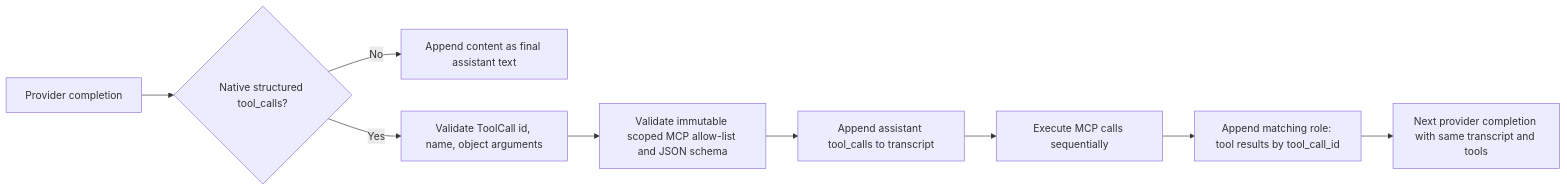
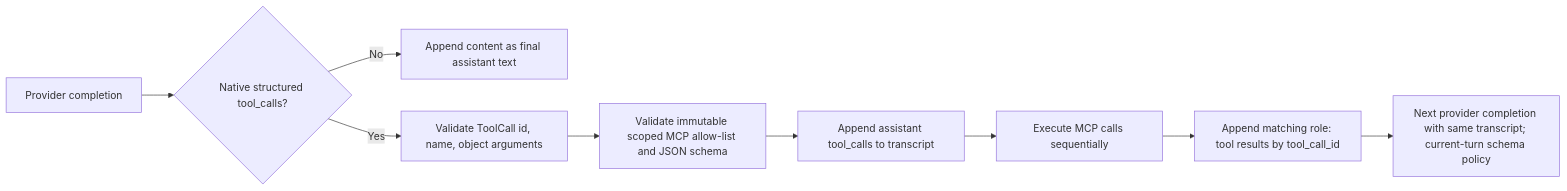
Before and after one commit to trash2bin/helperium: the diagram in doc/agents/tool-call-safety-layers.md, drawn with Mermaid. The commit also changed other lines of this file and 8 other files, not shown here.

````diff
--- a/doc/agents/tool-call-safety-layers.md
+++ b/doc/agents/tool-call-safety-layers.md
@@ -11,11 +11,11 @@
 ```mermaid
 flowchart LR
     A[Provider completion] --> B{Native structured tool_calls?}
     B -->|No| C[Append content as final assistant text]
     B -->|Yes| D[Validate ToolCall id, name, object arguments]
     D --> E[Validate immutable scoped MCP allow-list and JSON schema]
     E --> F[Append assistant tool_calls to transcript]
     F --> G[Execute MCP calls sequentially]
     G --> H[Append matching role: tool results by tool_call_id]
-    H --> I[Next provider completion with same transcript and tools]
+    H --> I[Next provider completion with same transcript; current-turn schema policy]
 ```
````
